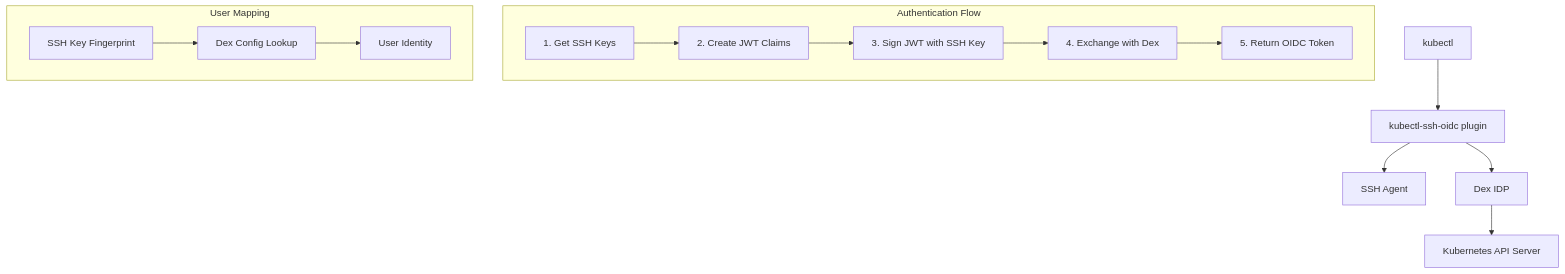
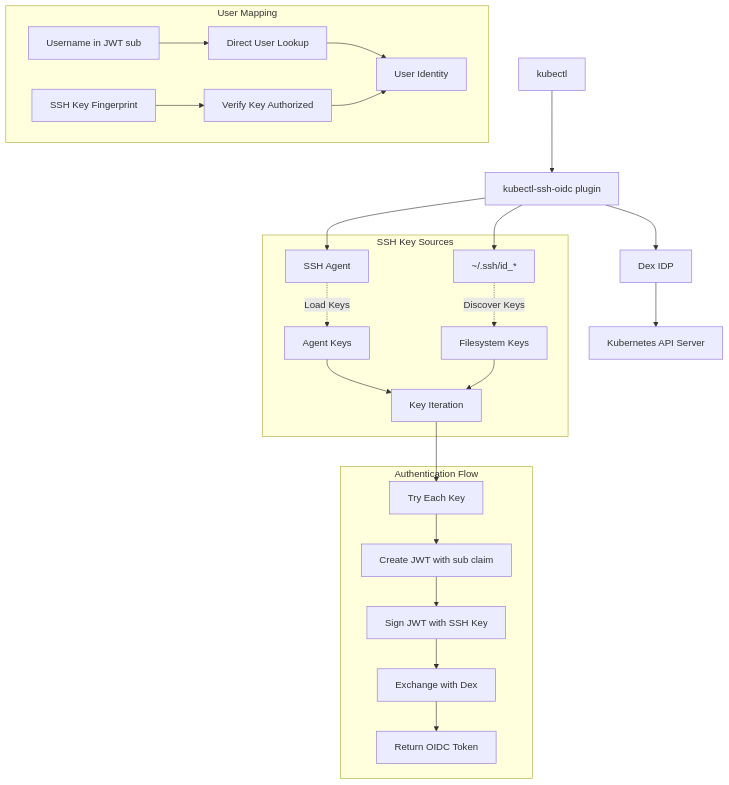
Before and after one commit to nikogura/kubectl-ssh-oidc: the diagram in ARCHITECTURE.md, drawn with Mermaid. The commit also changed other lines of this file and 10 other files, not shown here.

Commit message:
add ssh key iteration and filesystem keys support

````diff
--- a/ARCHITECTURE.md
+++ b/ARCHITECTURE.md
@@ -7,19 +7,30 @@
 ```mermaid
 graph TB
     A[kubectl] --> B[kubectl-ssh-oidc plugin]
     B --> C[SSH Agent]
+    B --> F[~/.ssh/id_*]
     B --> D[Dex IDP]
     D --> E[Kubernetes API Server]
     
+    subgraph "SSH Key Sources"
+        C -.->|Load Keys| G[Agent Keys]
+        F -.->|Discover Keys| H[Filesystem Keys]
+        G --> I[Key Iteration]
+        H --> I[Key Iteration]
+    end
+    
     subgraph "Authentication Flow"
-        F[1. Get SSH Keys] --> G[2. Create JWT Claims]
-        G --> H[3. Sign JWT with SSH Key]
-        H --> I[4. Exchange with Dex]
-        I --> J[5. Return OIDC Token]
+        I --> J[Try Each Key]
+        J --> K[Create JWT with sub claim]
+        K --> L[Sign JWT with SSH Key]
+        L --> M[Exchange with Dex]
+        M --> N[Return OIDC Token]
     end
     
     subgraph "User Mapping"
-        K[SSH Key Fingerprint] --> L[Dex Config Lookup]
-        L --> M[User Identity]
+        O[Username in JWT sub] --> P[Direct User Lookup]
+        Q[SSH Key Fingerprint] --> R[Verify Key Authorized]
+        P --> S[User Identity]
+        R --> S[User Identity]
     end
 ```
````
